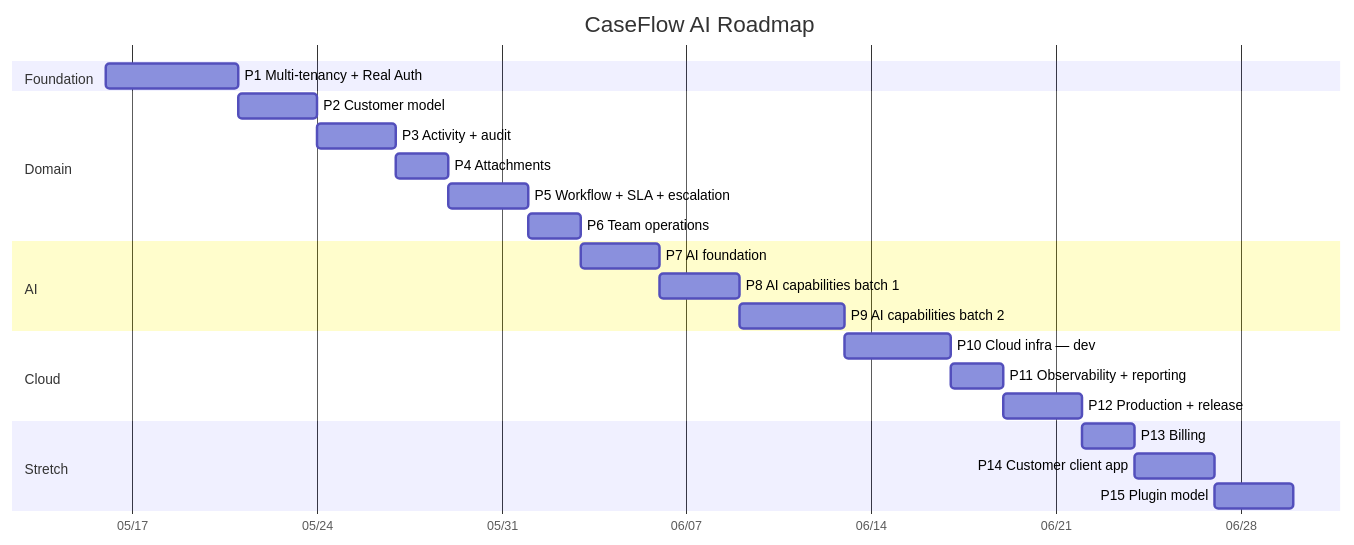
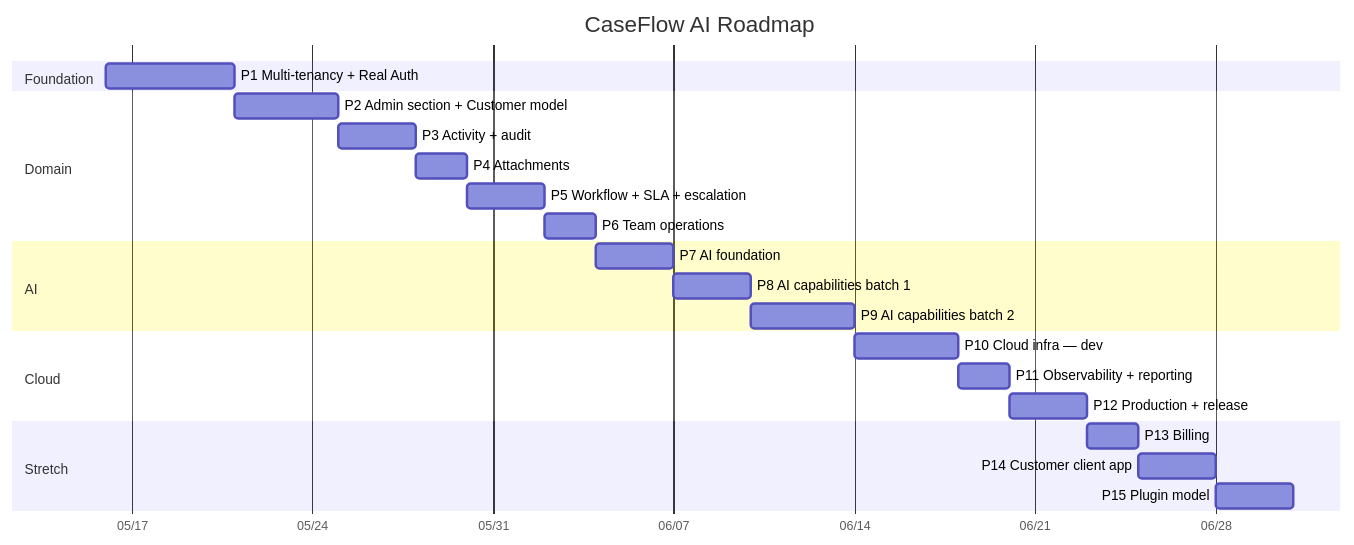
Before and after one commit to amusto/caseflow-ai-showcase: the diagram in ROADMAP.md, drawn with Mermaid. The commit also changed other lines of this file, not shown here.

First line of the commit message:
sync(p1-closeout): Pre-flight 27 + ROADMAP current-state refresh

````diff
--- a/ROADMAP.md
+++ b/ROADMAP.md
@@ -76,26 +76,26 @@
 ```mermaid
 gantt
     title CaseFlow AI Roadmap
     dateFormat YYYY-MM-DD
     axisFormat %m/%d
     section Foundation
     P1 Multi-tenancy + Real Auth     :         p1, 2026-05-16, 5d
     section Domain
-    P2 Customer model                :         p2, after p1, 3d
+    P2 Admin section + Customer model :        p2, after p1, 4d
     P3 Activity + audit              :         p3, after p2, 3d
     P4 Attachments                   :         p4, after p3, 2d
     P5 Workflow + SLA + escalation   :         p5, after p4, 3d
     P6 Team operations               :         p6, after p5, 2d
     section AI
     P7 AI foundation                 :         p7, after p6, 3d
     P8 AI capabilities batch 1       :         p8, after p7, 3d
     P9 AI capabilities batch 2       :         p9, after p8, 4d
     section Cloud
     P10 Cloud infra — dev            :         p10, after p9, 4d
     P11 Observability + reporting    :         p11, after p10, 2d
     P12 Production + release         :         p12, after p11, 3d
     section Stretch
     P13 Billing                      :         p13, after p12, 2d
     P14 Customer client app          :         p14, after p13, 3d
     P15 Plugin model                 :         p15, after p14, 3d
 ```
````
